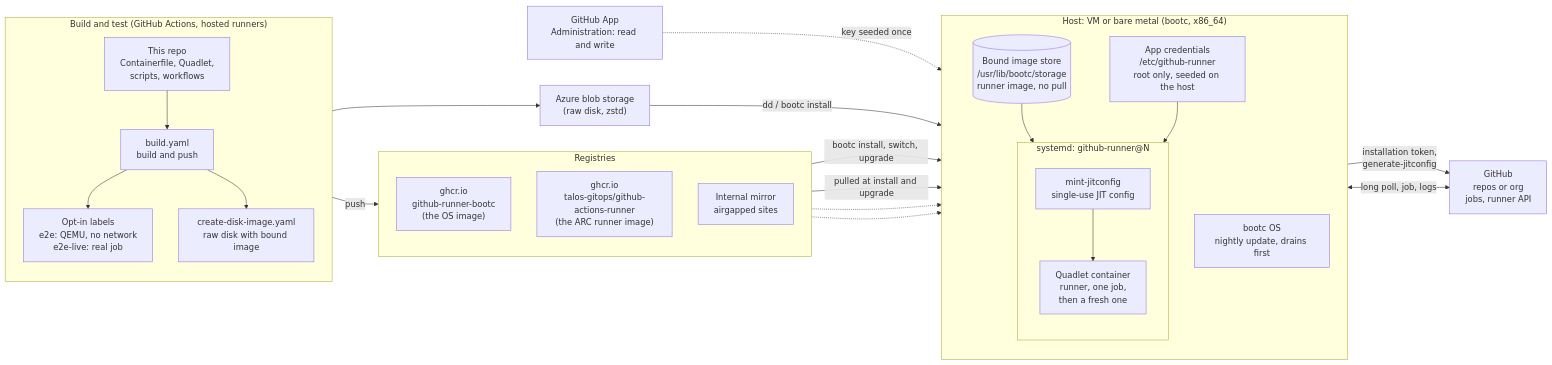
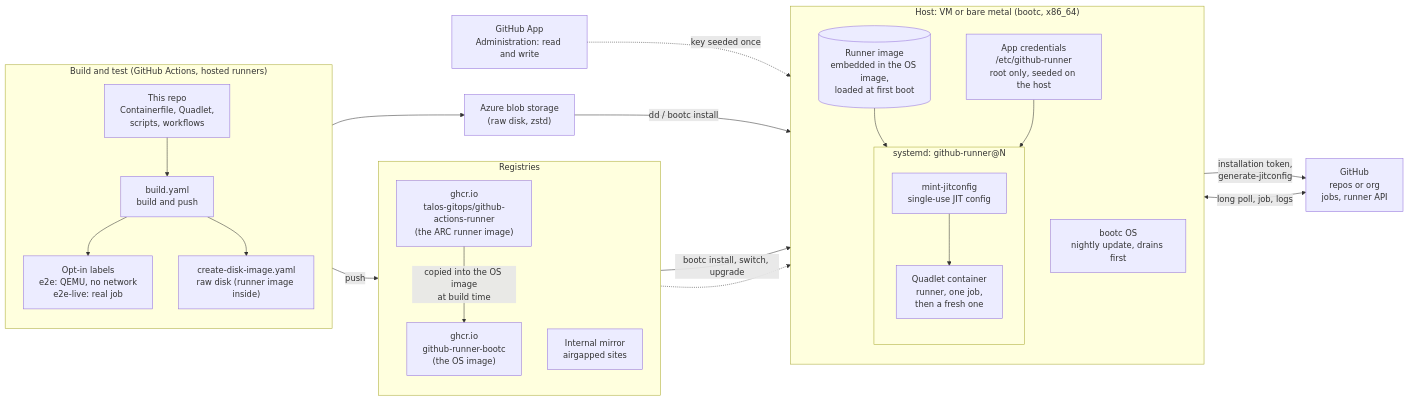
Before and after one commit to cthtrifork/github-runner-bootc: the diagram in docs/architecture.mmd, drawn with Mermaid. The commit also changed 17 other files, not shown here.

First line of the commit message:
feat(image): embed the runner image in the OS image instead of binding it

```diff
--- a/docs/architecture.mmd
+++ b/docs/architecture.mmd
@@ -1,48 +1,47 @@
 flowchart LR
     subgraph BUILD["Build and test (GitHub Actions, hosted runners)"]
         direction TB
         SRC["This repo<br/>Containerfile, Quadlet,<br/>scripts, workflows"]
         CI["build.yaml<br/>build and push"]
         E2E["Opt-in labels<br/>e2e: QEMU, no network<br/>e2e-live: real job"]
-        DISK["create-disk-image.yaml<br/>raw disk with bound image"]
+        DISK["create-disk-image.yaml<br/>raw disk (runner image inside)"]
         SRC --> CI --> E2E
         CI --> DISK
     end
 
     subgraph REG["Registries"]
         direction TB
         OS["ghcr.io<br/>github-runner-bootc<br/>(the OS image)"]
         RUN["ghcr.io<br/>talos-gitops/github-actions-runner<br/>(the ARC runner image)"]
         MIRROR["Internal mirror<br/>airgapped sites"]
     end
 
     DEST["Azure blob storage<br/>(raw disk, zstd)"]
 
     subgraph HOST["Host: VM or bare metal (bootc, x86_64)"]
         direction TB
         BOOTC["bootc OS<br/>nightly update, drains first"]
-        BOUND[("Bound image store<br/>/usr/lib/bootc/storage<br/>runner image, no pull")]
+        BOUND[("Runner image<br/>embedded in the OS image,<br/>loaded at first boot")]
         subgraph UNITS["systemd: github-runner@N"]
             direction TB
             MINT["mint-jitconfig<br/>single-use JIT config"]
             CTR["Quadlet container<br/>runner, one job,<br/>then a fresh one"]
             MINT --> CTR
         end
         SEED["App credentials<br/>/etc/github-runner<br/>root only, seeded on the host"]
         BOUND --> CTR
         SEED --> MINT
     end
 
     GH["GitHub<br/>repos or org<br/>jobs, runner API"]
     APP["GitHub App<br/>Administration: read and write"]
 
     CI -- "push" --> OS
     DISK --> DEST
     DEST -- "dd / bootc install" --> HOST
     OS -- "bootc install, switch, upgrade" --> BOOTC
-    RUN -- "pulled at install and upgrade" --> BOUND
+    RUN -- "copied into the OS image<br/>at build time" --> OS
     MIRROR -.-> BOOTC
-    MIRROR -.-> BOUND
     APP -. "key seeded once" .-> SEED
     MINT -- "installation token,<br/>generate-jitconfig" --> GH
     CTR <-- "long poll, job, logs" --> GH
```
